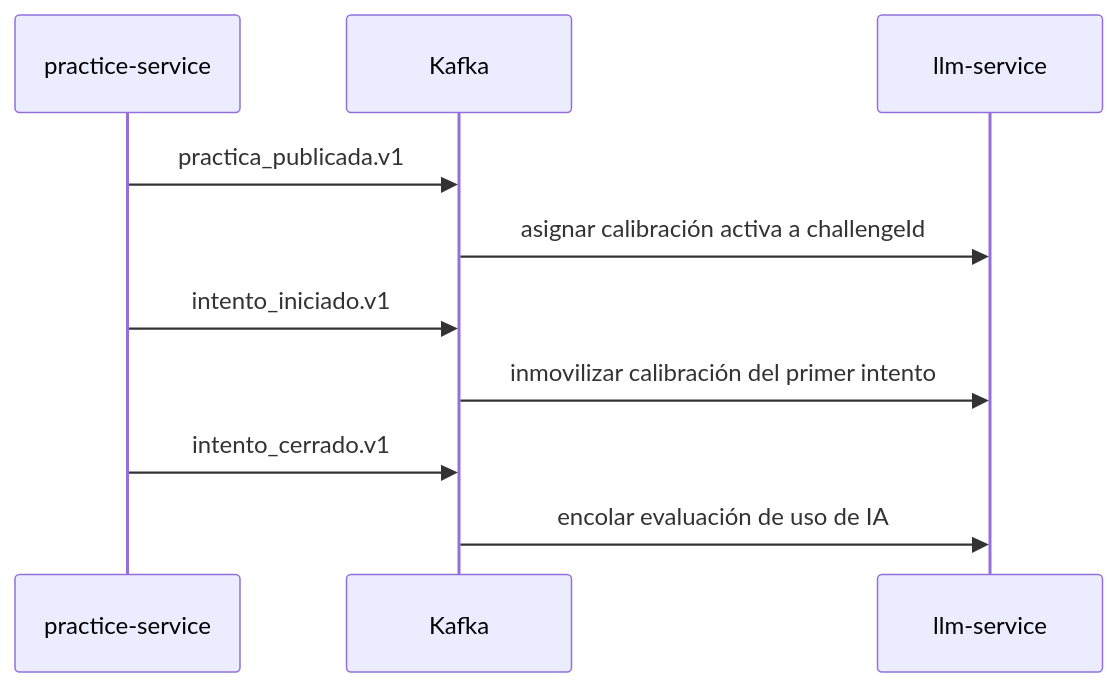
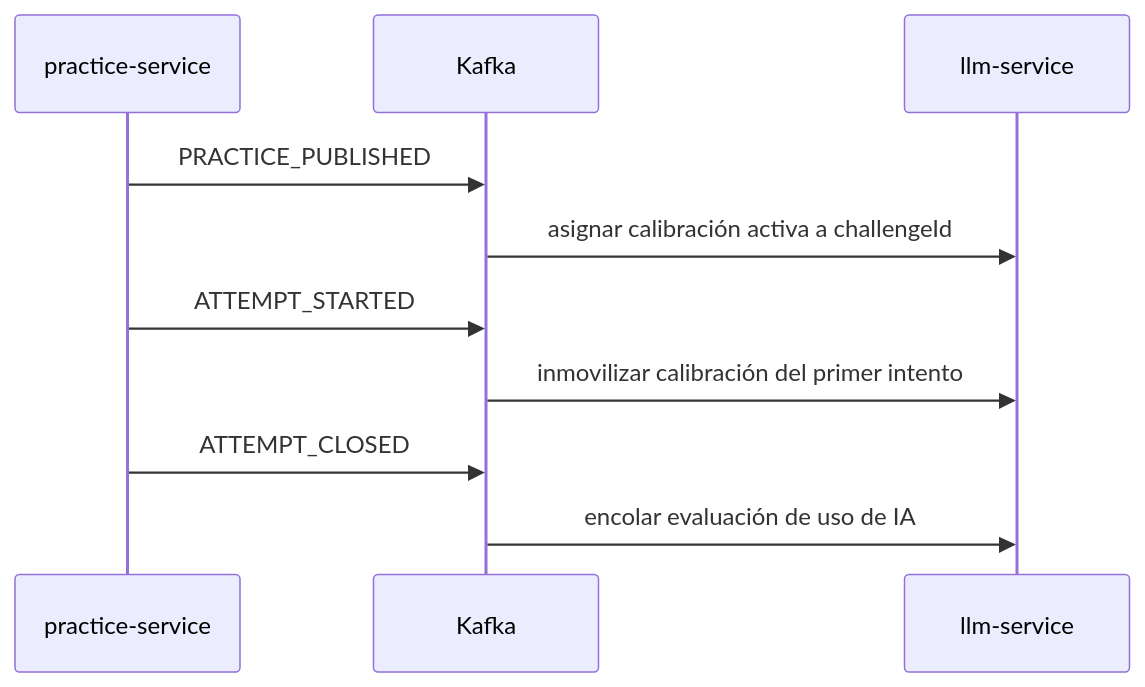
One commit to 114029-NietoLuchini-Lazaro/Doc-Tpi-Programacion changed the diagram in llm-service/docsV2/contracts/requisitos-a-otros-micros.md. Above: the diagram before and after it, drawn with Mermaid. The commit also changed other lines of this file and 34 other files, not shown here.

````diff
--- a/llm-service/docsV2/contracts/requisitos-a-otros-micros.md
+++ b/llm-service/docsV2/contracts/requisitos-a-otros-micros.md
@@ -29,13 +29,13 @@
 ```mermaid
 sequenceDiagram
     participant P as practice-service
     participant K as Kafka
     participant L as llm-service
 
-    P->>K: practica_publicada.v1
+    P->>K: PRACTICE_PUBLISHED
     K->>L: asignar calibración activa a challengeId
-    P->>K: intento_iniciado.v1
+    P->>K: ATTEMPT_STARTED
     K->>L: inmovilizar calibración del primer intento
-    P->>K: intento_cerrado.v1
+    P->>K: ATTEMPT_CLOSED
     K->>L: encolar evaluación de uso de IA
 ```
````
